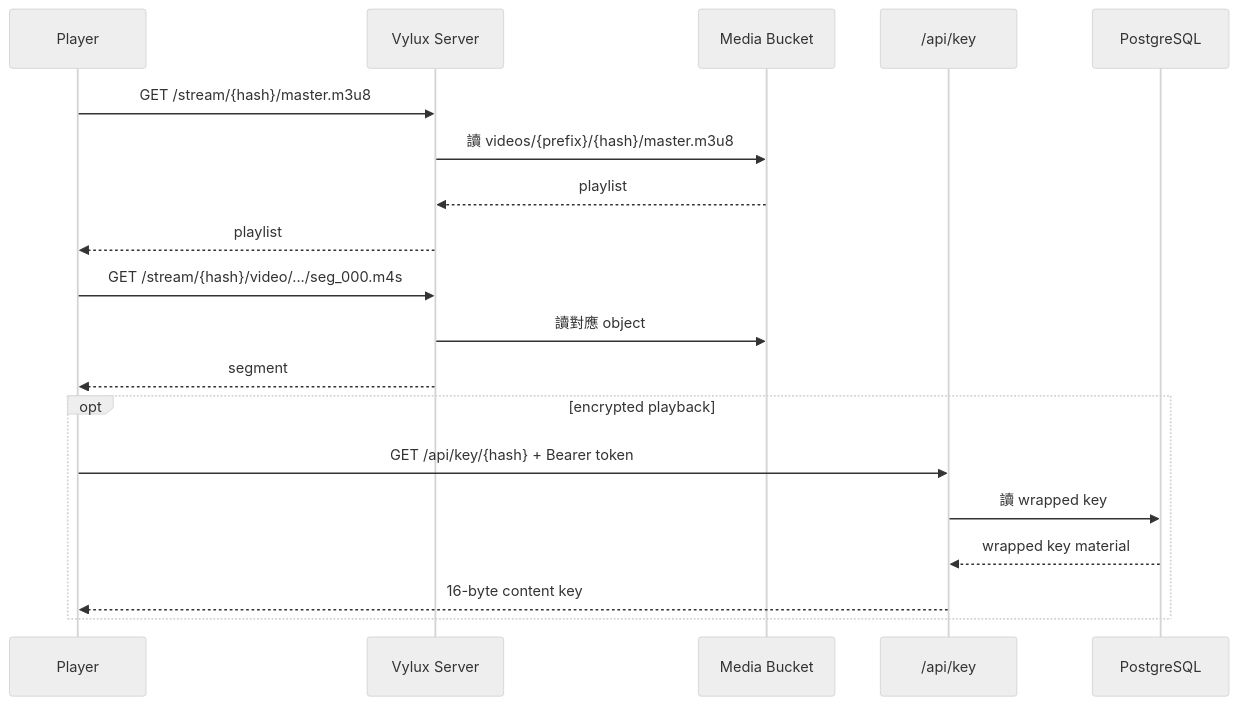
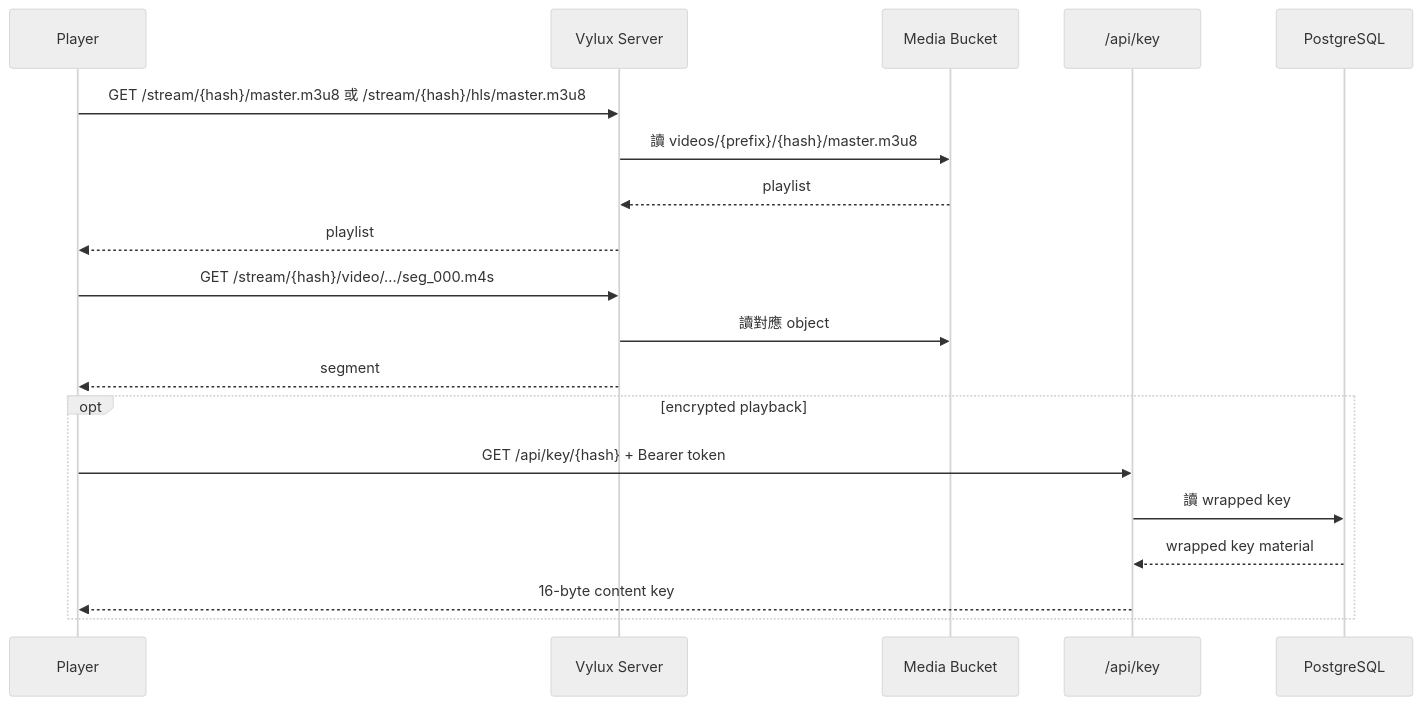
Before and after one commit to carry0987/Vylux: the third of 3 diagrams in i18n/zh-TW/docusaurus-plugin-content-docs/current/architecture/request-lifecycle.md, drawn with Mermaid (neutral theme). The commit also changed other lines of this file and 31 other files, not shown here.

````diff
--- a/i18n/zh-TW/docusaurus-plugin-content-docs/current/architecture/request-lifecycle.md
+++ b/i18n/zh-TW/docusaurus-plugin-content-docs/current/architecture/request-lifecycle.md
@@ -163,22 +177,22 @@
 ```mermaid
 sequenceDiagram
 	participant Player
 	participant Server as Vylux Server
 	participant Media as Media Bucket
 	participant KeyAPI as /api/key
 	participant PG as PostgreSQL
 
-	Player->>Server: GET /stream/{hash}/master.m3u8
+	Player->>Server: GET /stream/{hash}/master.m3u8 或 /stream/{hash}/hls/master.m3u8
 	Server->>Media: 讀 videos/{prefix}/{hash}/master.m3u8
 	Media-->>Server: playlist
 	Server-->>Player: playlist
 	Player->>Server: GET /stream/{hash}/video/.../seg_000.m4s
 	Server->>Media: 讀對應 object
 	Server-->>Player: segment
 	opt encrypted playback
 		Player->>KeyAPI: GET /api/key/{hash} + Bearer token
 		KeyAPI->>PG: 讀 wrapped key
 		PG-->>KeyAPI: wrapped key material
 		KeyAPI-->>Player: 16-byte content key
 	end
 ```
````
